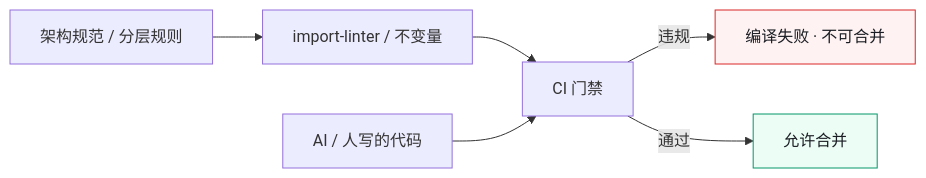
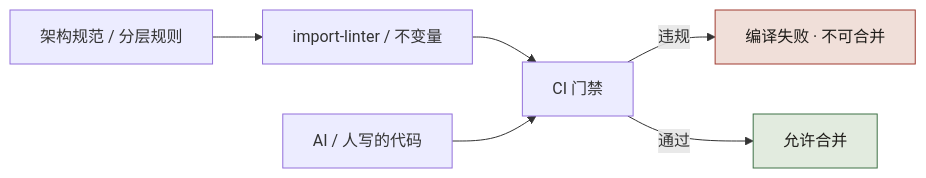
The first of 2 diagrams in docs/manuscript/ch15-第10章-边界变测试.md (funny8kids/AI_Native_Software_Engineering), drawn with Mermaid before and after one commit. The commit also changed other lines of this file and 81 other files, not shown here.

````diff
--- a/docs/manuscript/ch15-第10章-边界变测试.md
+++ b/docs/manuscript/ch15-第10章-边界变测试.md
@@ -8,10 +10,10 @@
 ```mermaid
 flowchart LR
   SPEC[架构规范 / 分层规则] --> RULE[import-linter / 不变量]
   RULE --> CI[CI 门禁]
   CODE[AI / 人写的代码] --> CI
   CI -->|违规| FAIL[编译失败 · 不可合并]
   CI -->|通过| OK[允许合并]
-  style FAIL fill:#fef2f2,stroke:#dc2626,color:#1a1d23
-  style OK fill:#ecfdf5,stroke:#059669,color:#1a1d23
+  style FAIL fill:#f0dfd9,stroke:#a03b31,color:#1e1c19
+  style OK fill:#e2ebdf,stroke:#3e7247,color:#1e1c19
 ```
````
